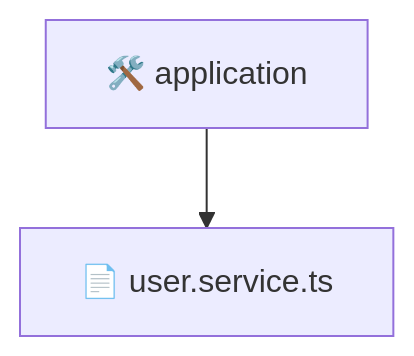
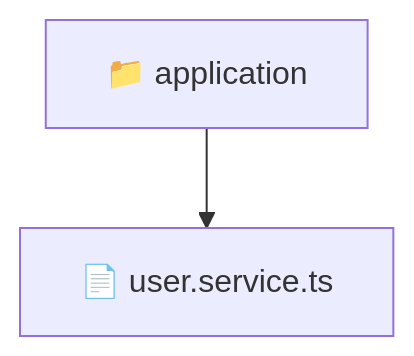
One commit to beginwebdev2002/fullstack-mavluda changed the diagram in backend/src/modules/user/application/README.md. Above: the diagram before and after it, drawn with Mermaid. The commit also changed other lines of this file and 159 other files, not shown here.

````diff
--- a/backend/src/modules/user/application/README.md
+++ b/backend/src/modules/user/application/README.md
@@ -11,5 +9,5 @@
 ```mermaid
 graph TD
-  application["🛠️ application"]
-  application --> application_user_service_ts["📄 user.service.ts"]
+  Root["📁 application"]
+  Root --> user_service_ts["📄 user.service.ts"]
 ```
````
